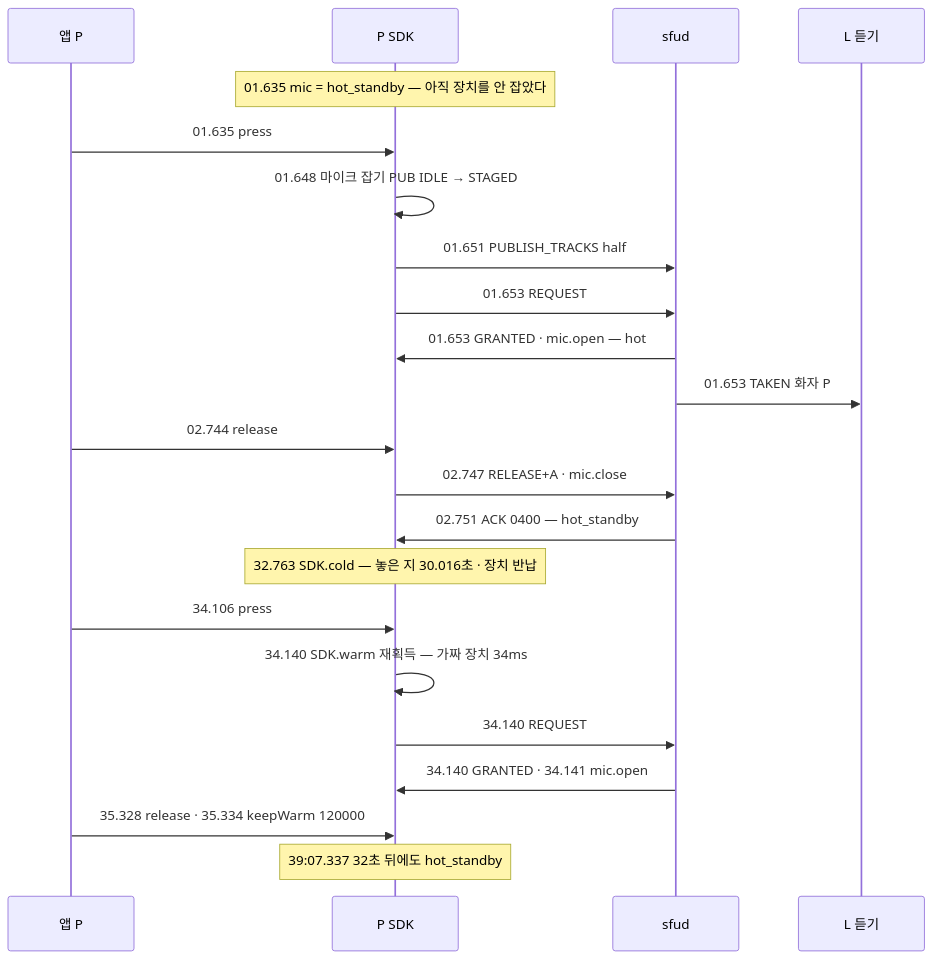
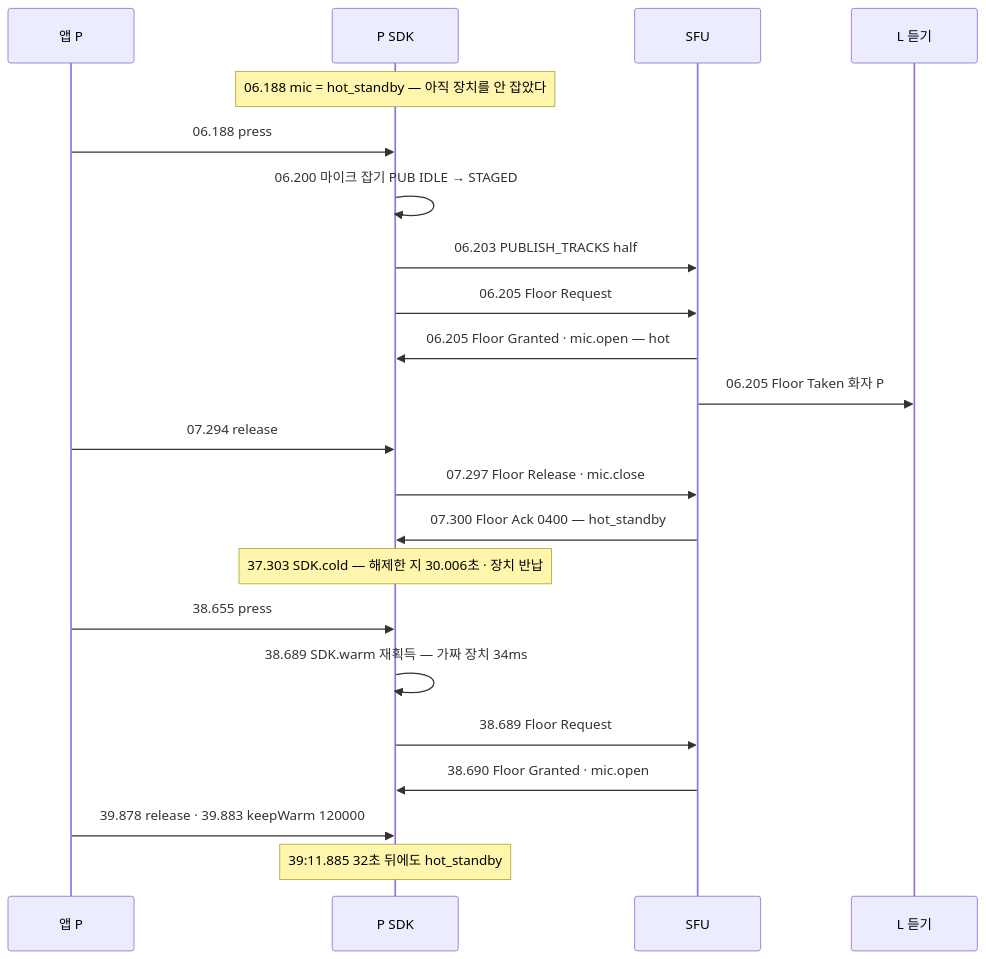
Before and after one commit to kodeholic9/oxlens-sfu: the second of 4 diagrams in docs/learn/09_MIC_COST.md, drawn with Mermaid. The commit also changed other lines of this file and 19 other files, not shown here.

````diff
--- a/docs/learn/09_MIC_COST.md
+++ b/docs/learn/09_MIC_COST.md
@@ -64,24 +70,24 @@
 ```mermaid
 sequenceDiagram
   participant APP as 앱 P
   participant SDK as P SDK
-  participant S as sfud
+  participant S as SFU
   participant L as L 듣기
-  Note over SDK: 01.635 mic = hot_standby — 아직 장치를 안 잡았다
-  APP->>SDK: 01.635 press
-  SDK->>SDK: 01.648 마이크 잡기 PUB IDLE → STAGED
-  SDK->>S: 01.651 PUBLISH_TRACKS half
-  SDK->>S: 01.653 REQUEST
-  S->>SDK: 01.653 GRANTED · mic.open — hot
-  S->>L: 01.653 TAKEN 화자 P
-  APP->>SDK: 02.744 release
-  SDK->>S: 02.747 RELEASE+A · mic.close
-  S->>SDK: 02.751 ACK 0400 — hot_standby
-  Note over SDK: 32.763 SDK.cold — 놓은 지 30.016초 · 장치 반납
-  APP->>SDK: 34.106 press
-  SDK->>SDK: 34.140 SDK.warm 재획득 — 가짜 장치 34ms
-  SDK->>S: 34.140 REQUEST
-  S->>SDK: 34.140 GRANTED · 34.141 mic.open
-  APP->>SDK: 35.328 release · 35.334 keepWarm 120000
-  Note over SDK: 39:07.337 32초 뒤에도 hot_standby
+  Note over SDK: 06.188 mic = hot_standby — 아직 장치를 안 잡았다
+  APP->>SDK: 06.188 press
+  SDK->>SDK: 06.200 마이크 잡기 PUB IDLE → STAGED
+  SDK->>S: 06.203 PUBLISH_TRACKS half
+  SDK->>S: 06.205 Floor Request
+  S->>SDK: 06.205 Floor Granted · mic.open — hot
+  S->>L: 06.205 Floor Taken 화자 P
+  APP->>SDK: 07.294 release
+  SDK->>S: 07.297 Floor Release · mic.close
+  S->>SDK: 07.300 Floor Ack 0400 — hot_standby
+  Note over SDK: 37.303 SDK.cold — 해제한 지 30.006초 · 장치 반납
+  APP->>SDK: 38.655 press
+  SDK->>SDK: 38.689 SDK.warm 재획득 — 가짜 장치 34ms
+  SDK->>S: 38.689 Floor Request
+  S->>SDK: 38.690 Floor Granted · mic.open
+  APP->>SDK: 39.878 release · 39.883 keepWarm 120000
+  Note over SDK: 39:11.885 32초 뒤에도 hot_standby
 ```
````
